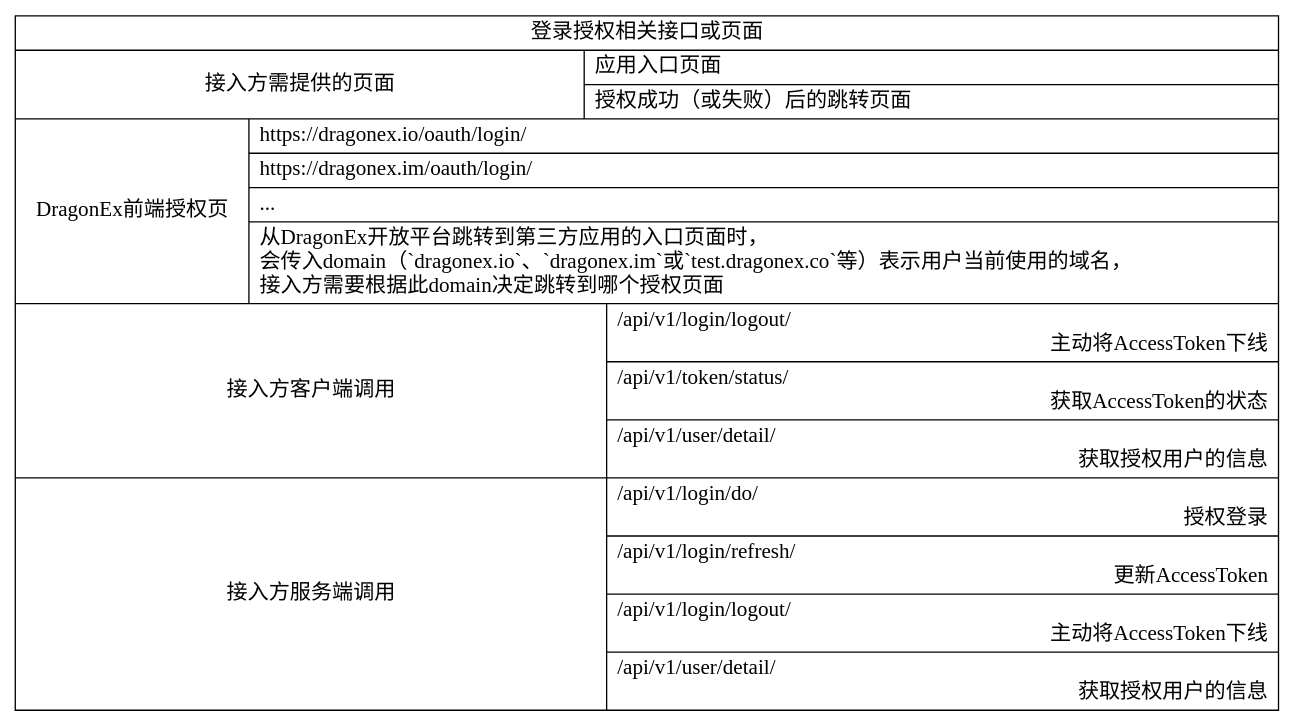
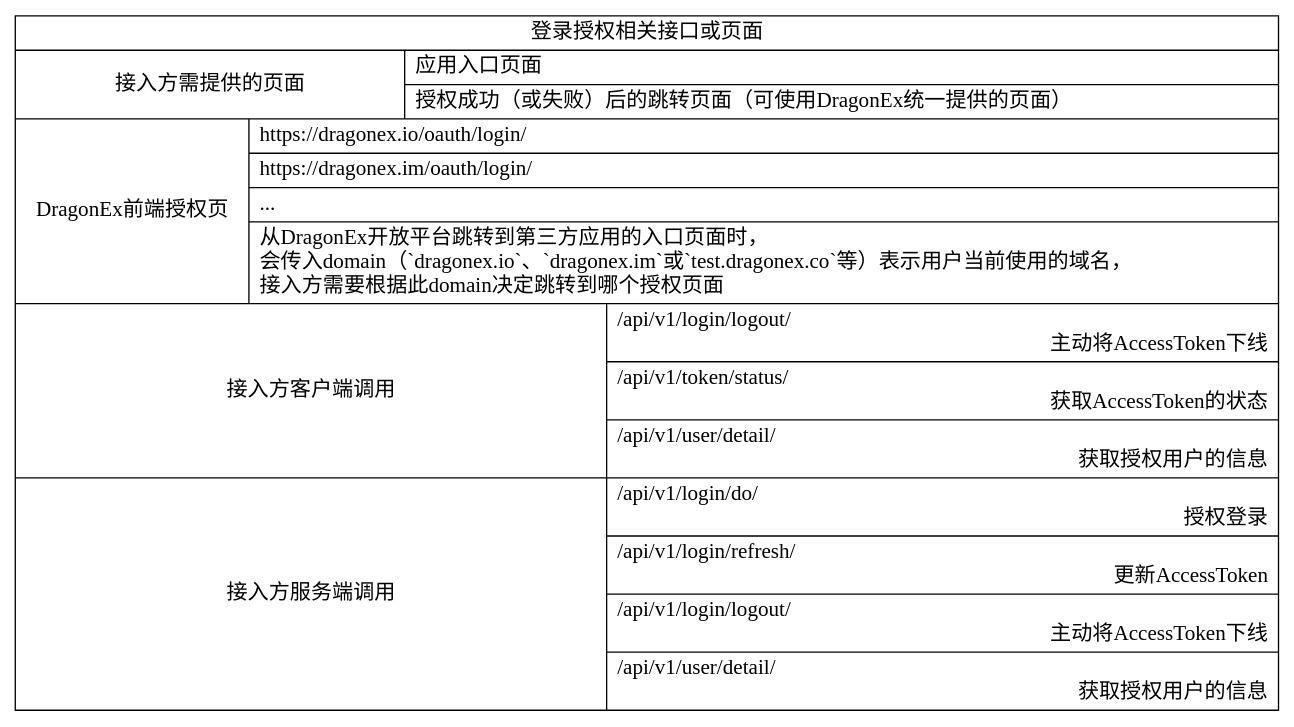
The diagram in docs/cn/images/login_apis.dot (Dragonexio/OAuth), drawn with Graphviz before and after one commit. The commit also changed 2 other files, not shown here.

```diff
--- a/docs/cn/images/login_apis.dot
+++ b/docs/cn/images/login_apis.dot
@@ -1,52 +1,52 @@
 digraph g {
 graph [
     rankdir = "LR"
 ];
 
 node [
     fontsize = "16"
     shape=record
 ];
 
 LoginApis [
     label = "登录授权相关接口或页面
     | {
         接入方需提供的页面 |
         {
             应用入口页面 \l
-            | 授权成功（或失败）后的跳转页面\l
+            | 授权成功（或失败）后的跳转页面（可使用DragonEx统一提供的页面）\l
         }
     }
 
     | {
         DragonEx前端授权页 |
         {
             https://dragonex.io/oauth/login/ \l
             | https://dragonex.im/oauth/login/ \l
             | ... \l
             | 从DragonEx开放平台跳转到第三方应用的入口页面时，\l会传入domain（`dragonex.io`、`dragonex.im`或`test.dragonex.co`等）表示用户当前使用的域名，\l
             接入方需要根据此domain决定跳转到哪个授权页面\l
         }
     }
     
     | {
         接入方客户端调用 | 
         {
             /api/v1/login/logout/ \l 主动将AccessToken下线\r
             | /api/v1/token/status/ \l 获取AccessToken的状态\r
             | /api/v1/user/detail/ \l 获取授权用户的信息\r
         }            
     }
 
     | {
         接入方服务端调用 | 
         {
             /api/v1/login/do/ \l 授权登录\r
             | /api/v1/login/refresh/ \l 更新AccessToken\r
             | /api/v1/login/logout/ \l 主动将AccessToken下线\r
             | /api/v1/user/detail/ \l 获取授权用户的信息\r
         }
     }
     "
 ]
 }
```
